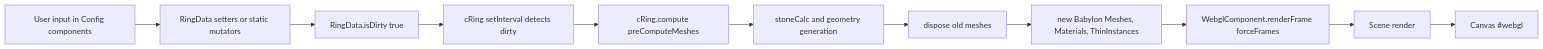
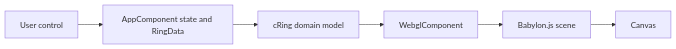
The second of 4 diagrams in docs/architecture/runtime-and-data-flow.md (der-mmeier/Ringconf-v2.1-jenkins-asf), drawn with Mermaid before and after one commit. The commit also changed other lines of this file and 21 other files, not shown here.

````diff
--- a/docs/architecture/runtime-and-data-flow.md
+++ b/docs/architecture/runtime-and-data-flow.md
@@ -32,13 +20,8 @@
 ```mermaid
 flowchart LR
-  A[User input in Config components] --> B[RingData setters or static mutators]
-  B --> C[RingData.isDirty true]
-  C --> D[cRing setInterval detects dirty]
-  D --> E[cRing.compute preComputeMeshes]
-  E --> F[stoneCalc and geometry generation]
-  F --> G[dispose old meshes]
-  G --> H[new Babylon Meshes, Materials, ThinInstances]
-  H --> I[WebglComponent.renderFrame forceFrames]
-  I --> J[Scene render]
-  J --> K[Canvas #webgl]
+  A[User control] --> B[AppComponent state and RingData]
+  B --> C[cRing domain model]
+  C --> D[WebglComponent]
+  D --> E[Babylon.js scene]
+  E --> F[Canvas]
 ```
````
